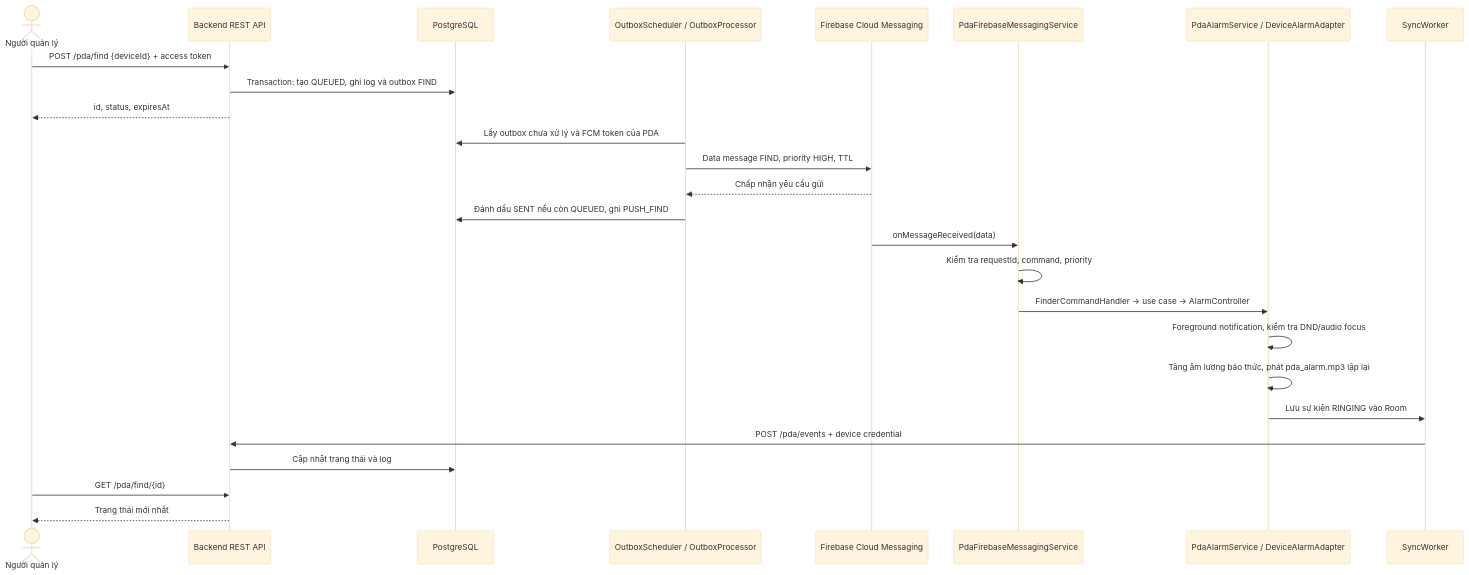
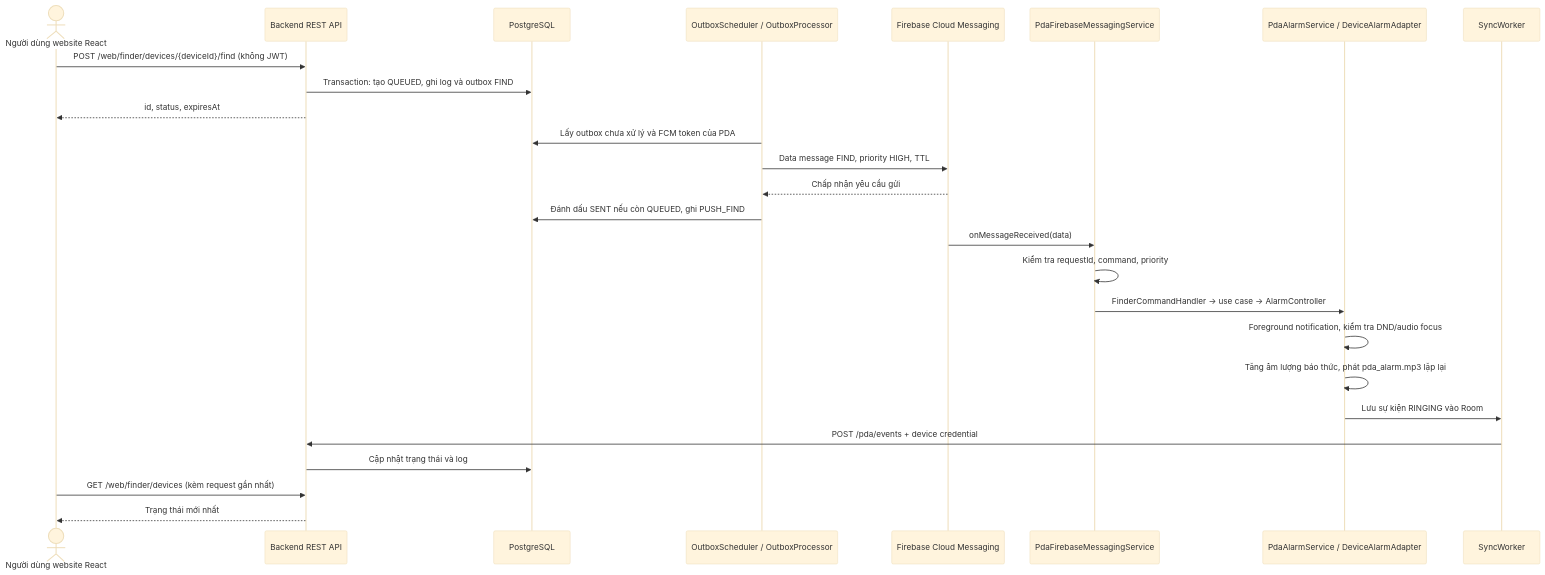
The diagram in docs/20-fcm-to-pda-alarm-guide.md (ThienDuc1112/spa_device), drawn with Mermaid (base theme) before and after one commit. The commit also changed other lines of this file and 74 other files, not shown here.

Commit message:
Update PDA registration, FCM finder and documentation

````diff
--- a/docs/20-fcm-to-pda-alarm-guide.md
+++ b/docs/20-fcm-to-pda-alarm-guide.md
@@ -9,28 +9,28 @@
 ```mermaid
 sequenceDiagram
-    actor Manager as Người quản lý
+    actor Manager as Người dùng website React
     participant API as Backend REST API
     participant DB as PostgreSQL
     participant Worker as OutboxScheduler / OutboxProcessor
     participant FCM as Firebase Cloud Messaging
     participant Receiver as PdaFirebaseMessagingService
     participant Alarm as PdaAlarmService / DeviceAlarmAdapter
     participant Sync as SyncWorker
-    Manager->>API: POST /pda/find {deviceId} + access token
+    Manager->>API: POST /web/finder/devices/{deviceId}/find (không JWT)
     API->>DB: Transaction: tạo QUEUED, ghi log và outbox FIND
     API-->>Manager: id, status, expiresAt
     Worker->>DB: Lấy outbox chưa xử lý và FCM token của PDA
     Worker->>FCM: Data message FIND, priority HIGH, TTL
     FCM-->>Worker: Chấp nhận yêu cầu gửi
     Worker->>DB: Đánh dấu SENT nếu còn QUEUED, ghi PUSH_FIND
     FCM->>Receiver: onMessageReceived(data)
     Receiver->>Receiver: Kiểm tra requestId, command, priority
     Receiver->>Alarm: FinderCommandHandler → use case → AlarmController
     Alarm->>Alarm: Foreground notification, kiểm tra DND/audio focus
     Alarm->>Alarm: Tăng âm lượng báo thức, phát pda_alarm.mp3 lặp lại
     Alarm->>Sync: Lưu sự kiện RINGING vào Room
     Sync->>API: POST /pda/events + device credential
     API->>DB: Cập nhật trạng thái và log
-    Manager->>API: GET /pda/find/{id}
+    Manager->>API: GET /web/finder/devices (kèm request gần nhất)
     API-->>Manager: Trạng thái mới nhất
 ```
````
